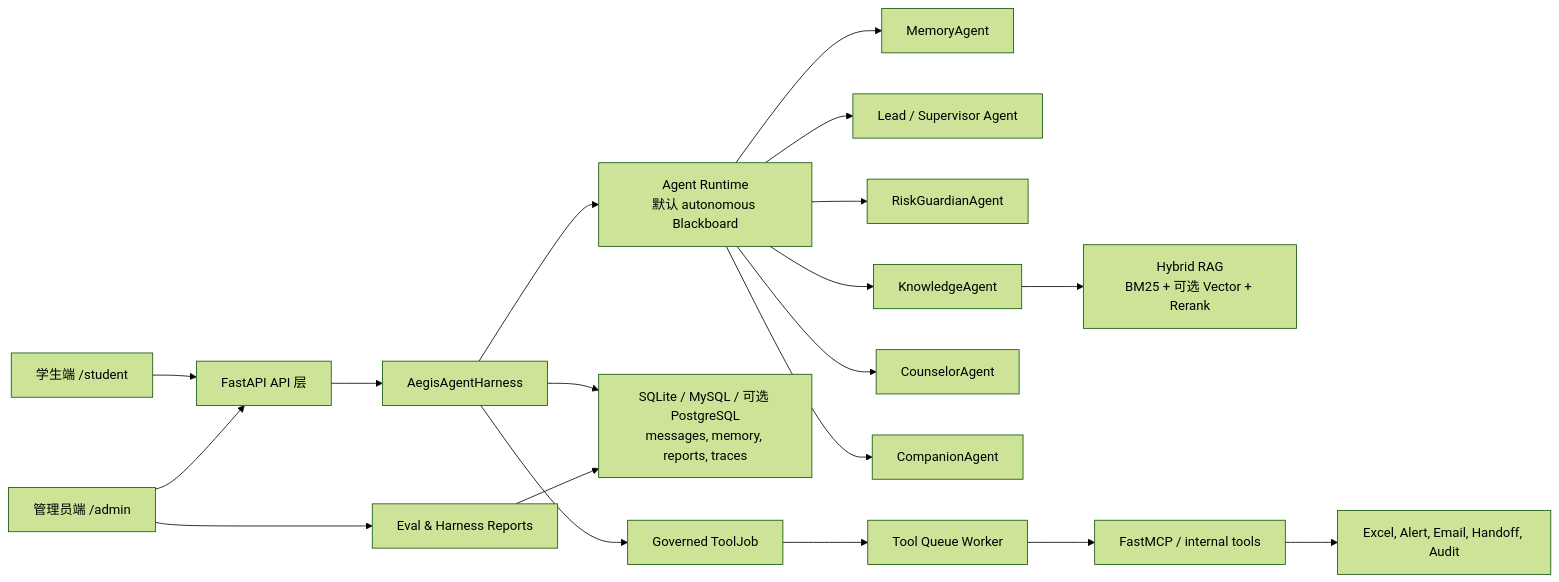
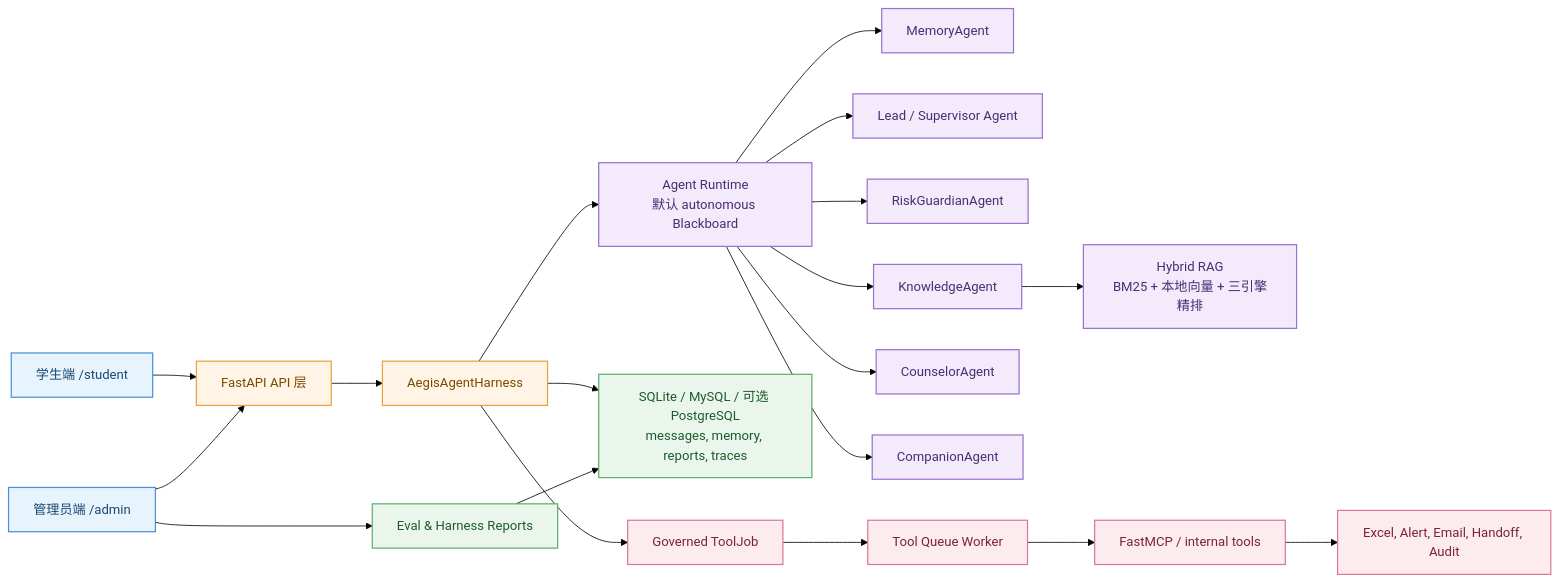
The diagram in data/readmes/shangguanyunji663__Aegis-agent.md (zqf20096327/dbhub_collect), drawn with Mermaid (forest theme) before and after one commit. The commit also changed other lines of this file and 538 other files, not shown here.

````diff
--- a/data/readmes/shangguanyunji663__Aegis-agent.md
+++ b/data/readmes/shangguanyunji663__Aegis-agent.md
@@ -100,25 +77,37 @@
 ```mermaid
 flowchart LR
     Student["学生端 /student"] --> API["FastAPI API 层"]
     Admin["管理员端 /admin"] --> API
 
     API --> Harness["AegisAgentHarness"]
     Harness --> Runtime["Agent Runtime<br/>默认 autonomous Blackboard"]
 
     Runtime --> Memory["MemoryAgent"]
     Runtime --> Lead["Lead / Supervisor Agent"]
     Runtime --> Risk["RiskGuardianAgent"]
     Runtime --> Knowledge["KnowledgeAgent"]
     Runtime --> Counselor["CounselorAgent"]
     Runtime --> Companion["CompanionAgent"]
 
-    Knowledge --> RAG["Hybrid RAG<br/>BM25 + 可选 Vector + Rerank"]
+    Knowledge --> RAG["Hybrid RAG<br/>BM25 + 本地向量 + 三引擎精排"]
     Harness --> Store["SQLite / MySQL / 可选 PostgreSQL<br/>messages, memory, reports, traces"]
     Harness --> ToolPlan["Governed ToolJob"]
     ToolPlan --> Queue["Tool Queue Worker"]
     Queue --> MCP["FastMCP / internal tools"]
     MCP --> Outputs["Excel, Alert, Email, Handoff, Audit"]
 
     Admin --> Eval["Eval & Harness Reports"]
     Eval --> Store
+
+    classDef client fill:#E8F4FD,stroke:#4A90D9,stroke-width:1.5px,color:#1A4971
+    classDef core fill:#FFF4E6,stroke:#E8A33D,stroke-width:1.5px,color:#7A4A00
+    classDef agent fill:#F3EAFB,stroke:#9B72CF,stroke-width:1.5px,color:#4A2D73
+    classDef store fill:#EAF6EC,stroke:#5BAF6F,stroke-width:1.5px,color:#1E5A2E
+    classDef tool fill:#FDECEF,stroke:#D97A94,stroke-width:1.5px,color:#7A2338
+
+    class Student,Admin client
+    class API,Harness core
+    class Runtime,Memory,Lead,Risk,Knowledge,Counselor,Companion,RAG agent
+    class Store,Eval store
+    class ToolPlan,Queue,MCP,Outputs tool
 ```
````
